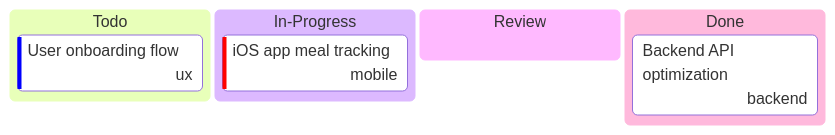
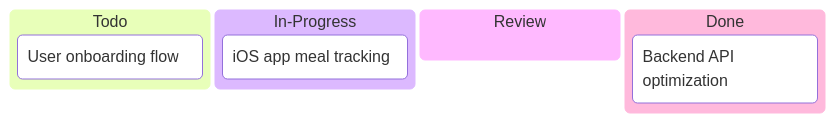
One commit to Katty-Fashion/kf-cpto changed the first of 3 diagrams in docs/_projects/waist-mgmt.md. Above: the diagram before and after it, drawn with Mermaid. The commit also changed other lines of this file and 9 other files, not shown here.

First line of the commit message:
fix: remove mermaid kanban @{} metadata and quote node labels

````diff
--- a/docs/_projects/waist-mgmt.md
+++ b/docs/_projects/waist-mgmt.md
@@ -34,10 +34,10 @@
 ```mermaid
 kanban
   Todo
-    t3[User onboarding flow]@{ priority: 'Low', assigned: 'ux' }
+    t3["User onboarding flow"]
   In-Progress
-    t1[iOS app meal tracking]@{ priority: 'Very High', assigned: 'mobile' }
+    t1["iOS app meal tracking"]
   Review
   Done
-    t2[Backend API optimization]@{ assigned: 'backend' }
+    t2["Backend API optimization"]
 ```
````
